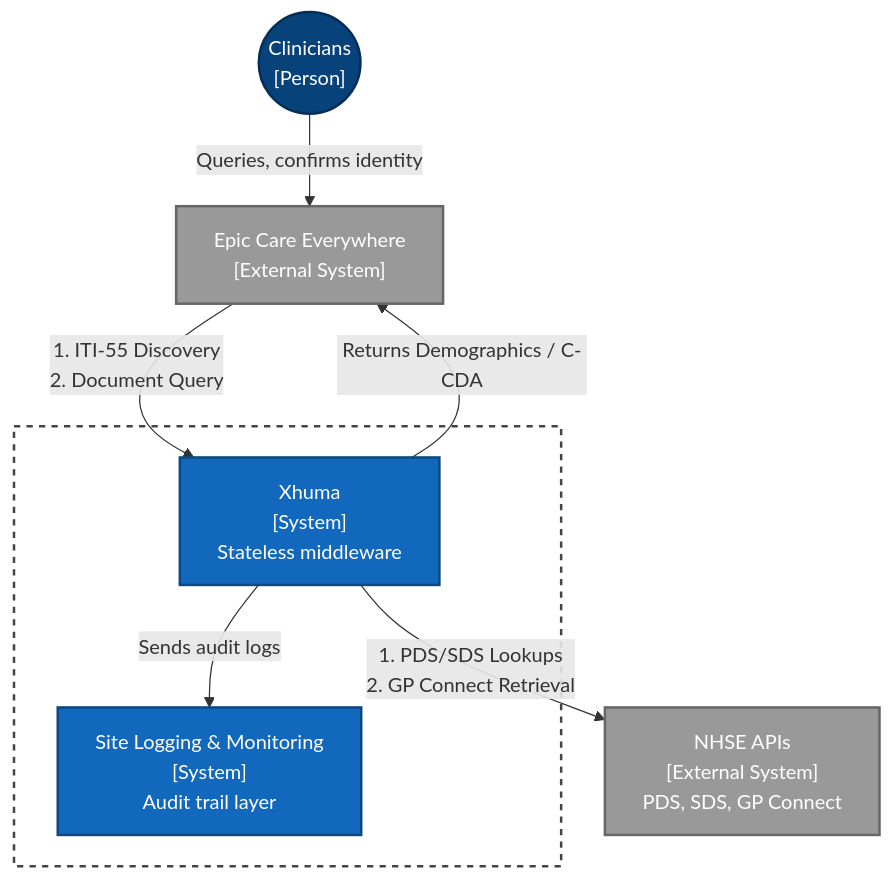
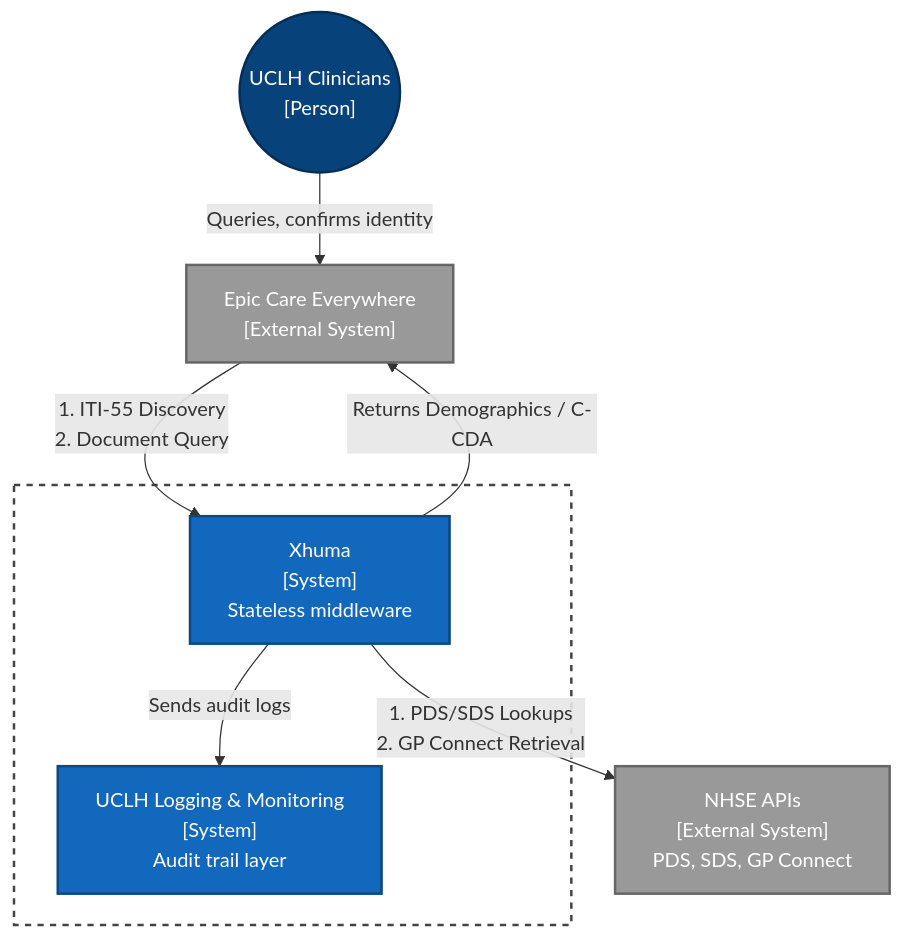
One commit to UCLH-Digital-Innovation-Hub/Xhuma changed the first of 6 diagrams in docs/technical_architecture.md. Above: the diagram before and after it, drawn with Mermaid. The commit also changed other lines of this file and 22 other files, not shown here.

````diff
--- a/docs/technical_architecture.md
+++ b/docs/technical_architecture.md
@@ -11,28 +11,28 @@
 ```mermaid
 flowchart TD
     classDef person fill:#08427b,color:#fff,stroke:#052e56,stroke-width:2px;
     classDef system fill:#1168bd,color:#fff,stroke:#0b4884,stroke-width:2px;
     classDef ext_system fill:#999,color:#fff,stroke:#666,stroke-width:2px;
     classDef boundary fill:none,color:#fff,stroke:#444,stroke-width:2px,stroke-dasharray: 5 5;
 
     %% Elements
-    Clinician(("Clinicians\n[Person]")):::person
+    Clinician(("UCLH Clinicians\n[Person]")):::person
     
     Epic["Epic Care Everywhere\n[External System]"]:::ext_system
 
-    subgraph TrustBoundary[System Boundary Trust/Site]
+    subgraph UCLHBoundary[System Boundary UCLH]
         Xhuma["Xhuma\n[System]\nStateless middleware"]:::system
-        Monitor["Site Logging & Monitoring\n[System]\nAudit trail layer"]:::system
+        Monitor["UCLH Logging & Monitoring\n[System]\nAudit trail layer"]:::system
     end
 
     NHSE["NHSE APIs\n[External System]\nPDS, SDS, GP Connect"]:::ext_system
 
     %% Relationships
     Clinician -->|Queries, confirms identity| Epic
     Epic -->|"1. ITI-55 Discovery<br>2. Document Query"| Xhuma
     Xhuma -->|"Returns Demographics / C-CDA"| Epic
     Xhuma -->|"1. PDS/SDS Lookups<br>2. GP Connect Retrieval"| NHSE
     Xhuma -->|"Sends audit logs"| Monitor
     
-    class TrustBoundary boundary;
+    class UCLHBoundary boundary;
 ```
````
